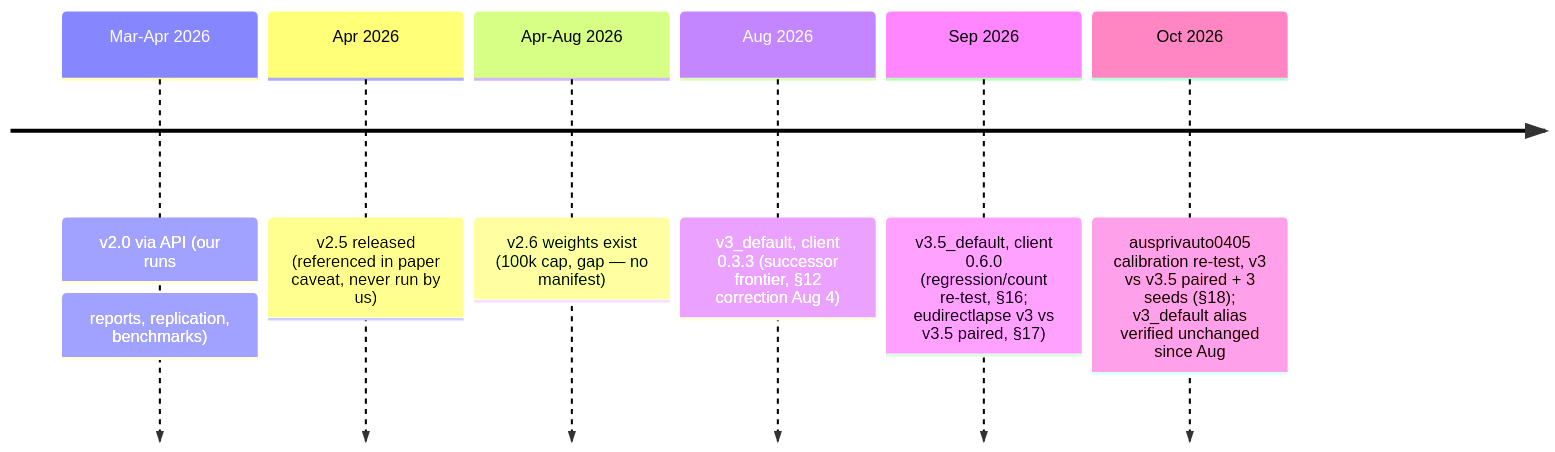
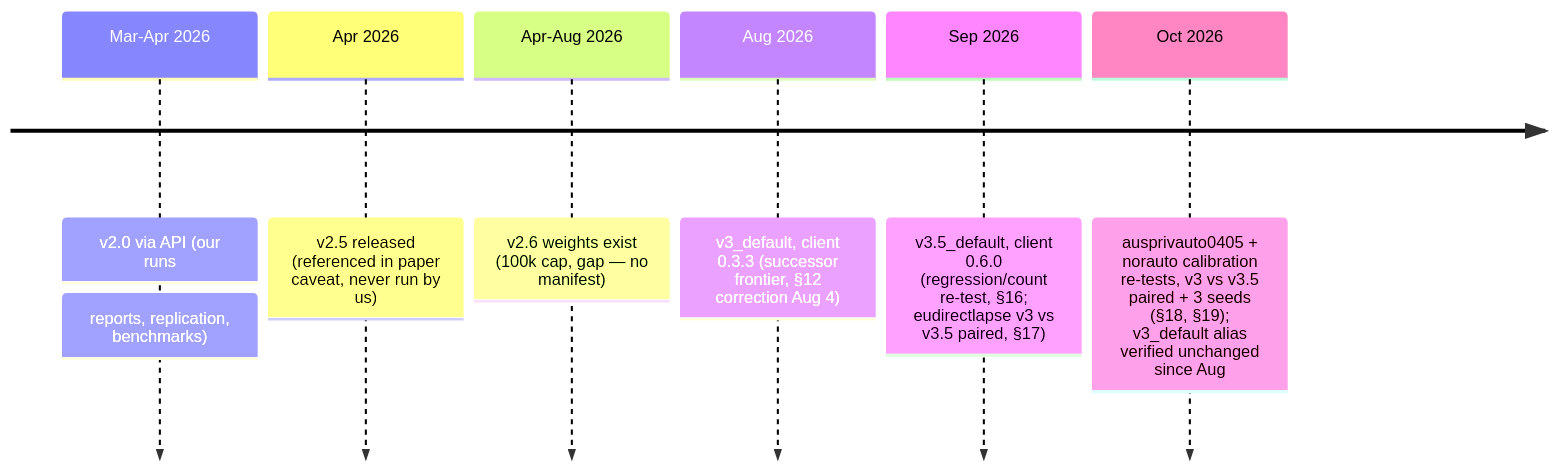
One commit to IFoA-ADSWP/tabular-foundation-model changed the diagram in docs/MODEL_VERSIONS.md. Above: the diagram before and after it, drawn with Mermaid. The commit also changed other lines of this file and 27 other files, not shown here.

First line of the commit message:
feat: Tier 3 re-test — norauto: v3.5 reverses the LightGBM loss; exposure-aware GLM edges both (#186)

````diff
--- a/docs/MODEL_VERSIONS.md
+++ b/docs/MODEL_VERSIONS.md
@@ -24,9 +24,9 @@
 ```mermaid
 timeline
     Mar-Apr 2026 : v2.0 via API (our runs: reports, replication, benchmarks)
     Apr 2026 : v2.5 released (referenced in paper caveat, never run by us)
     Apr-Aug 2026 : v2.6 weights exist (100k cap, gap — no manifest)
     Aug 2026 : v3_default, client 0.3.3 (successor frontier, §12 correction Aug 4)
     Sep 2026 : v3.5_default, client 0.6.0 (regression/count re-test, §16; eudirectlapse v3 vs v3.5 paired, §17)
-    Oct 2026 : ausprivauto0405 calibration re-test, v3 vs v3.5 paired + 3 seeds (§18); v3_default alias verified unchanged since Aug
+    Oct 2026 : ausprivauto0405 + norauto calibration re-tests, v3 vs v3.5 paired + 3 seeds (§18, §19); v3_default alias verified unchanged since Aug
 ```
````
